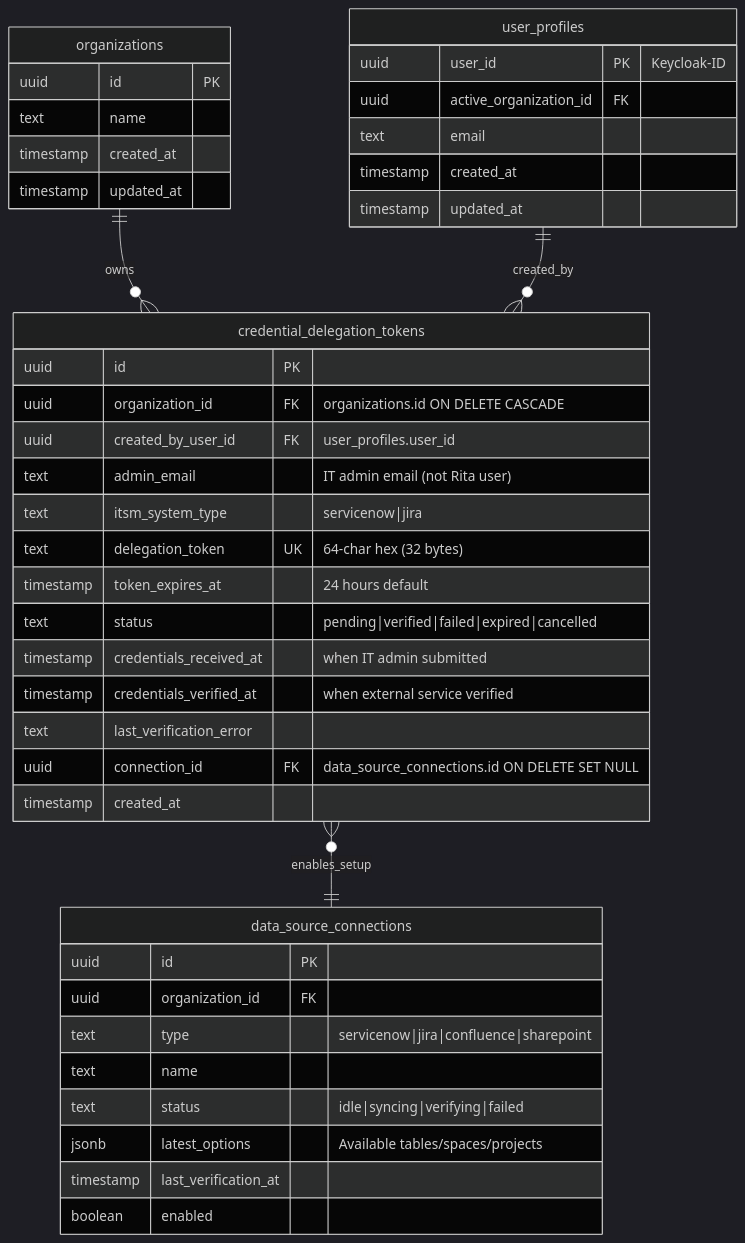
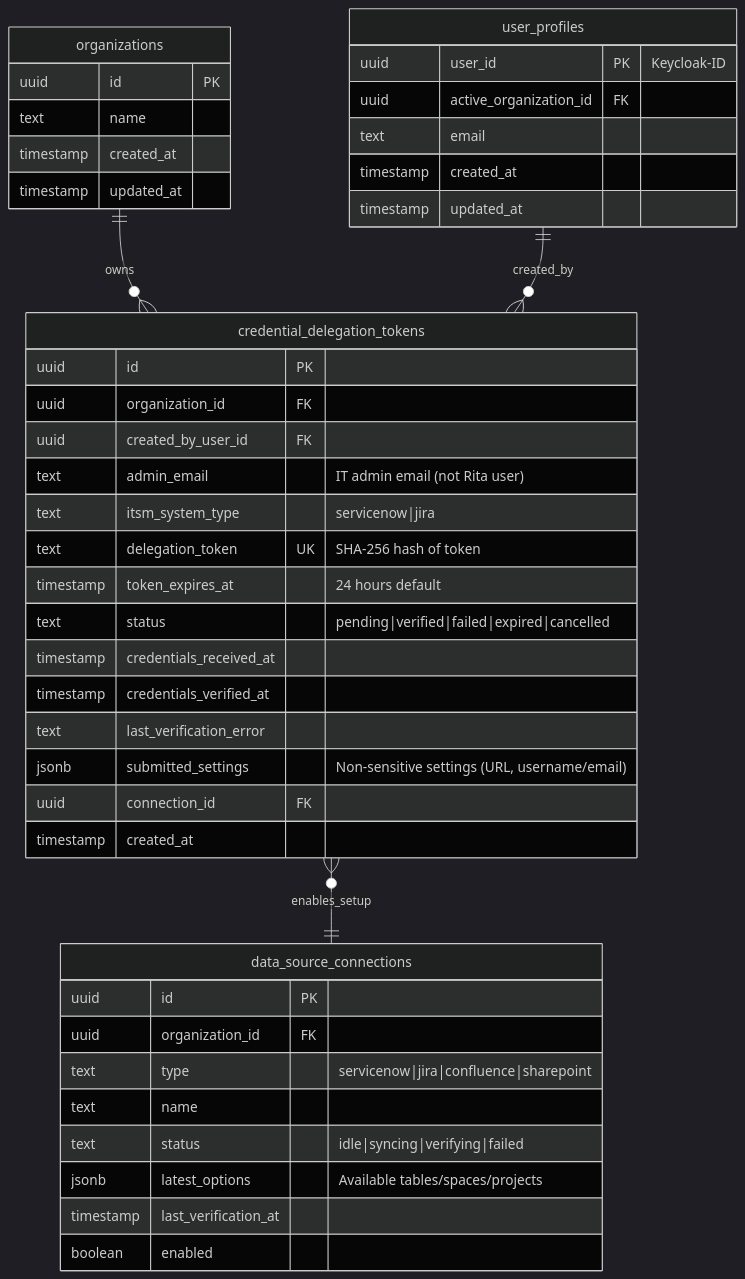
Before and after one commit to ewilhelmy-resolve/resolve-prototypes: the second of 2 diagrams in docs/feat-credential-delegation/technical-design-credential-delegation.md, drawn with Mermaid (dark theme). The commit also changed other lines of this file, not shown here.

Commit message:
doc(api-service): update credential delegation flow documentations

````diff
--- a/docs/feat-credential-delegation/technical-design-credential-delegation.md
+++ b/docs/feat-credential-delegation/technical-design-credential-delegation.md
@@ -233,48 +202,49 @@
 ```mermaid
 erDiagram
     organizations ||--o{ credential_delegation_tokens : "owns"
     user_profiles ||--o{ credential_delegation_tokens : "created_by"
     credential_delegation_tokens }o--|| data_source_connections : "enables_setup"
 
     organizations {
         uuid id PK
         text name
         timestamp created_at
         timestamp updated_at
     }
 
     user_profiles {
         uuid user_id PK "Keycloak-ID"
         uuid active_organization_id FK
         text email
         timestamp created_at
         timestamp updated_at
     }
 
     data_source_connections {
         uuid id PK
         uuid organization_id FK
         text type "servicenow|jira|confluence|sharepoint"
         text name
         text status "idle|syncing|verifying|failed"
         jsonb latest_options "Available tables/spaces/projects"
         timestamp last_verification_at
         boolean enabled
     }
 
     credential_delegation_tokens {
         uuid id PK
-        uuid organization_id FK "organizations.id ON DELETE CASCADE"
-        uuid created_by_user_id FK "user_profiles.user_id"
+        uuid organization_id FK
+        uuid created_by_user_id FK
         text admin_email "IT admin email (not Rita user)"
         text itsm_system_type "servicenow|jira"
-        text delegation_token UK "64-char hex (32 bytes)"
+        text delegation_token UK "SHA-256 hash of token"
         timestamp token_expires_at "24 hours default"
         text status "pending|verified|failed|expired|cancelled"
-        timestamp credentials_received_at "when IT admin submitted"
-        timestamp credentials_verified_at "when external service verified"
+        timestamp credentials_received_at
+        timestamp credentials_verified_at
         text last_verification_error
-        uuid connection_id FK "data_source_connections.id ON DELETE SET NULL"
+        jsonb submitted_settings "Non-sensitive settings (URL, username/email)"
+        uuid connection_id FK
         timestamp created_at
     }
 ```
````
